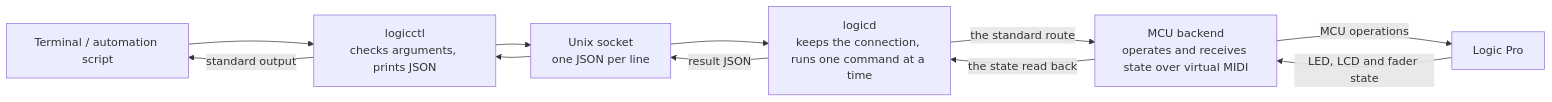
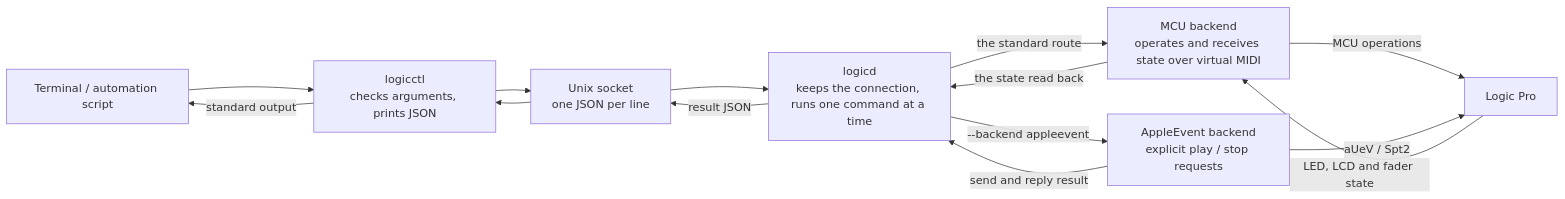
The first of 3 diagrams in docs/architecture.en.md (uniuninaruru/logic-pro-ctl), drawn with Mermaid before and after one commit. The commit also changed other lines of this file and 3 other files, not shown here.

Commit message:
Complete bilingual AppleEvent specification and architecture guidance

````diff
--- a/docs/architecture.en.md
+++ b/docs/architecture.en.md
@@ -17,17 +16,21 @@
 ```mermaid
 flowchart LR
     user["Terminal / automation script"]
     cli["logicctl<br/>checks arguments, prints JSON"]
     socket["Unix socket<br/>one JSON per line"]
     daemon["logicd<br/>keeps the connection, runs one command at a time"]
     mcu["MCU backend<br/>operates and receives state over virtual MIDI"]
+    ae["AppleEvent backend<br/>explicit play / stop requests"]
     logic["Logic Pro"]
     user --> cli --> socket --> daemon
     daemon -->|"the standard route"| mcu
+    daemon -->|"--backend appleevent"| ae
     mcu -->|"MCU operations"| logic
+    ae -->|"aUeV / Spt2"| logic
     logic -->|"LED, LCD and fader state"| mcu
     mcu -->|"the state read back"| daemon
+    ae -->|"send and reply result"| daemon
     daemon -->|"result JSON"| socket
     socket --> cli
     cli -->|"standard output"| user
 ```
````
